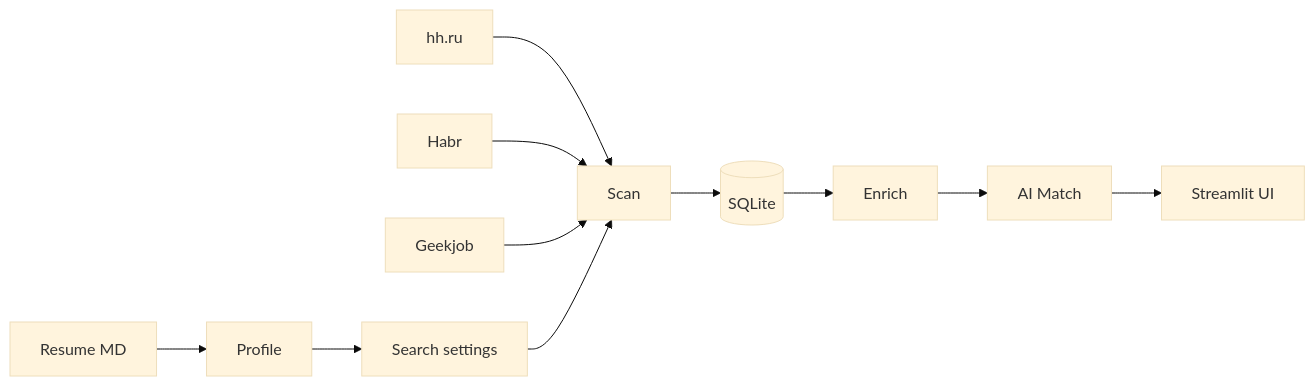
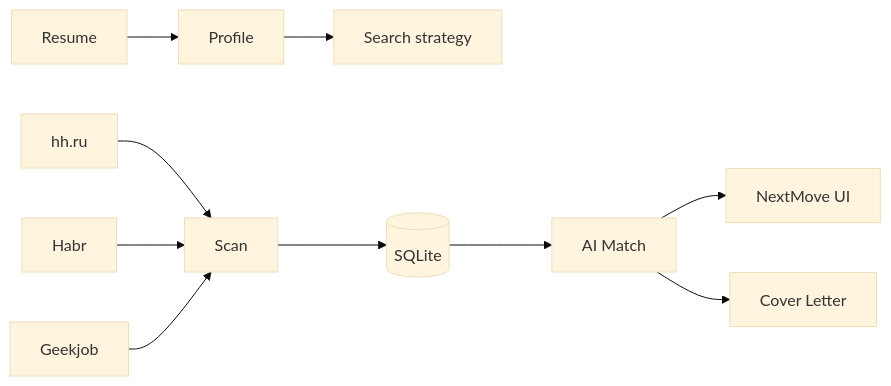
Before and after one commit to addito-5G/job-scout: the diagram in README.md, drawn with Mermaid (base theme). The commit also changed other lines of this file and 27 other files, not shown here.

First line of the commit message:
Rebrand UI to NextMove and refresh README with product screenshots.

````diff
--- a/README.md
+++ b/README.md
@@ -57,13 +74,12 @@
 ```mermaid
 flowchart LR
-    R[Resume MD] --> P[Profile]
-    P --> S[Search settings]
+    R[Resume] --> P[Profile]
+    P --> S[Search strategy]
     HH[hh.ru] --> SC[Scan]
     HB[Habr] --> SC
     GJ[Geekjob] --> SC
     SC --> DB[(SQLite)]
-    S --> SC
-    DB --> EN[Enrich]
-    EN --> M[AI Match]
-    M --> UI[Streamlit UI]
+    DB --> M[AI Match]
+    M --> UI[NextMove UI]
+    M --> CL[Cover Letter]
 ```
````
